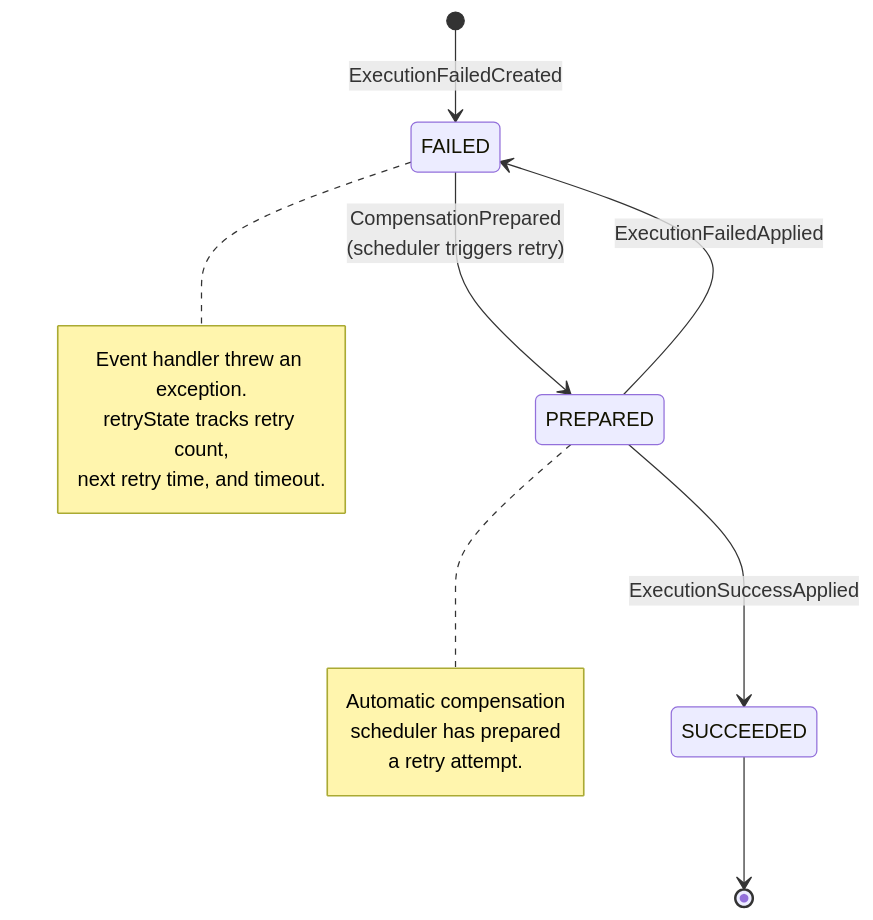
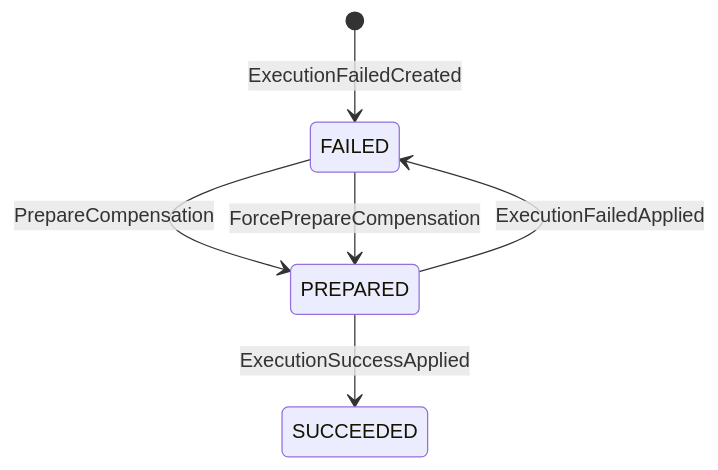
Before and after one commit to Ahoo-Wang/Wow: the third of 3 diagrams in documentation/docs/en/guide/saga.md, drawn with Mermaid. The commit also changed other lines of this file and 3 other files, not shown here.

````diff
--- a/documentation/docs/en/guide/saga.md
+++ b/documentation/docs/en/guide/saga.md
@@ -195,11 +149,8 @@
 ```mermaid
 stateDiagram-v2
     [*] --> FAILED: ExecutionFailedCreated
-    FAILED --> PREPARED: CompensationPrepared<br>(scheduler triggers retry)
+    FAILED --> PREPARED: PrepareCompensation
+    FAILED --> PREPARED: ForcePrepareCompensation
     PREPARED --> SUCCEEDED: ExecutionSuccessApplied
     PREPARED --> FAILED: ExecutionFailedApplied
-    SUCCEEDED --> [*]
-
-    note right of FAILED: Event handler threw an exception.<br>retryState tracks retry count,<br>next retry time, and timeout.
-    note right of PREPARED: Automatic compensation<br>scheduler has prepared<br>a retry attempt.
 ```
````
